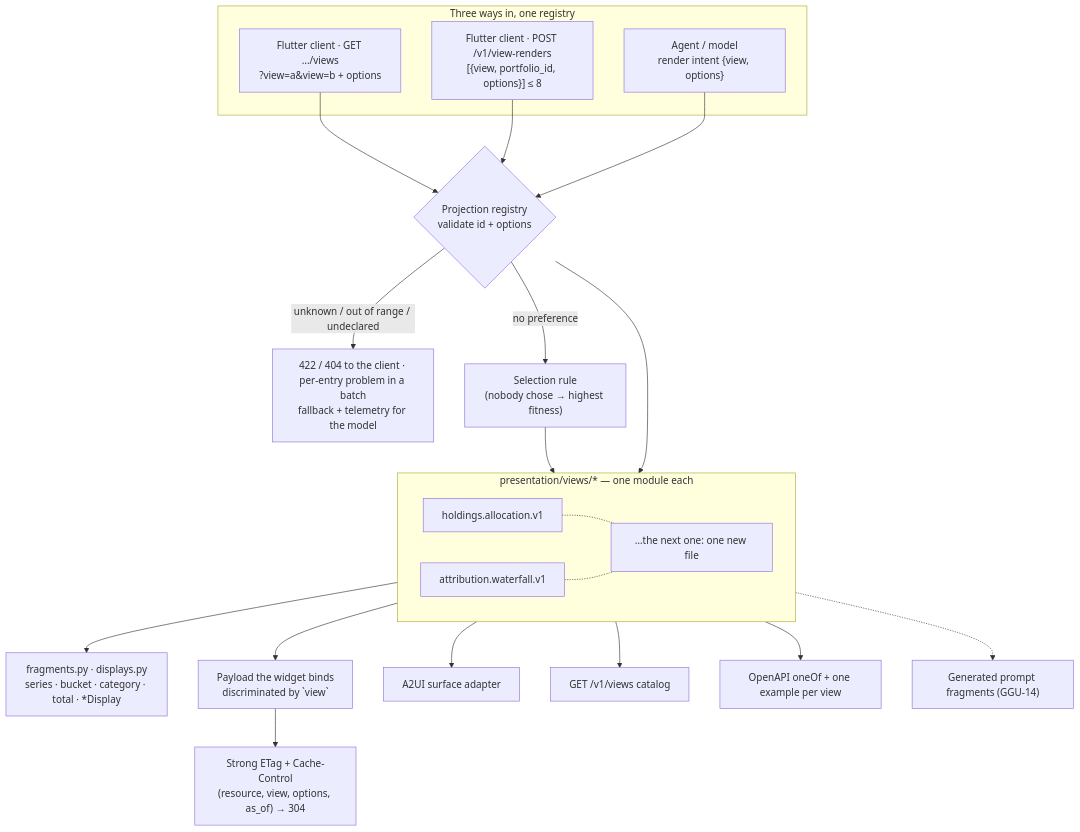
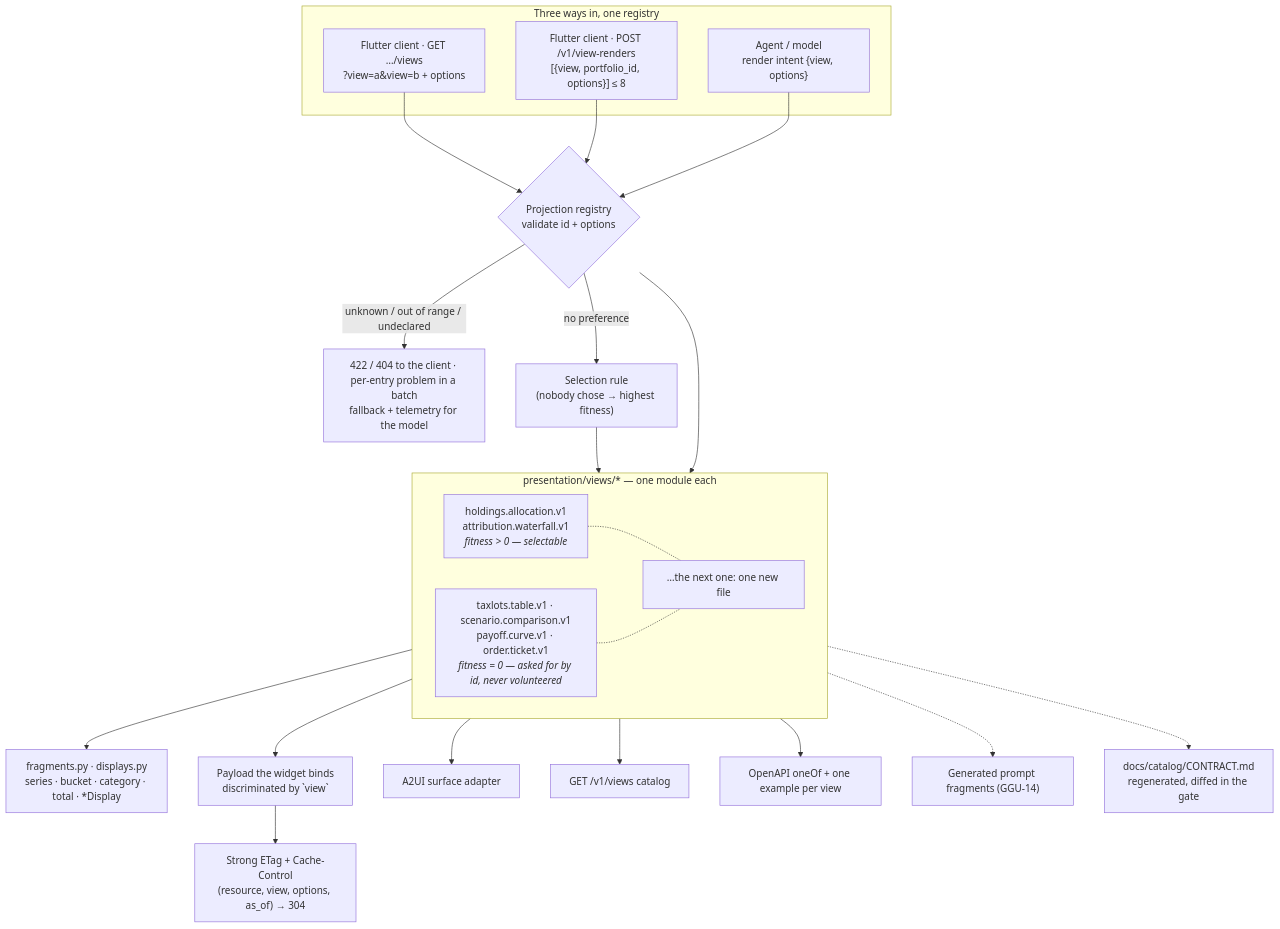
Before and after one commit to somnio-projects/finance-google-a2ui: the diagram in docs/diagrams/06-response-shaping.md, drawn with Mermaid. The commit also changed 14 other files, not shown here.

Commit message:
feat(backend): GGU-41 — the six component schemas, frozen by generation

````diff
--- a/docs/diagrams/06-response-shaping.md
+++ b/docs/diagrams/06-response-shaping.md
@@ -7,49 +7,51 @@
 ```mermaid
 flowchart TB
     subgraph callers["Three ways in, one registry"]
         cl["Flutter client · GET …/views<br/>?view=a&view=b + options"]
         batch["Flutter client · POST /v1/view-renders<br/>[{view, portfolio_id, options}] ≤ 8"]
         ag["Agent / model<br/>render intent {view, options}"]
     end
     reg{"Projection registry<br/>validate id + options"}
     rej["422 / 404 to the client · per-entry problem in a batch<br/>fallback + telemetry for the model"]
     sel["Selection rule<br/>(nobody chose → highest fitness)"]
     subgraph views["presentation/views/* — one module each"]
-        v1["holdings.allocation.v1"]
-        v2["attribution.waterfall.v1"]
+        v1["holdings.allocation.v1<br/>attribution.waterfall.v1<br/><i>fitness > 0 — selectable</i>"]
+        v2["taxlots.table.v1 · scenario.comparison.v1<br/>payoff.curve.v1 · order.ticket.v1<br/><i>fitness = 0 — asked for by id, never volunteered</i>"]
         vn["…the next one: one new file"]
     end
     frag["fragments.py · displays.py<br/>series · bucket · category · total · *Display"]
     out["Payload the widget binds<br/>discriminated by `view`"]
     etag["Strong ETag + Cache-Control<br/>(resource, view, options, as_of) → 304"]
     a2ui["A2UI surface adapter"]
     cat["GET /v1/views catalog"]
     oa["OpenAPI oneOf + one example per view"]
     pf["Generated prompt fragments (GGU-14)"]
+    doc["docs/catalog/CONTRACT.md<br/>regenerated, diffed in the gate"]
 
     cl --> reg
     batch --> reg
     ag --> reg
     reg -- "unknown / out of range / undeclared" --> rej
     reg -- "no preference" --> sel --> views
     reg --> views
     views --> frag
     views --> out
     out --> etag
     views --> a2ui
     views --> cat
     views --> oa
     views -.-> pf
+    views -.-> doc
     v1 -.- vn
     v2 -.- vn
 
-    %% Registering once publishes to four consumers; adding a chart touches
+    %% Registering once publishes to five consumers; adding a chart touches
     %% only its own module (ADR-K D-14, D-15) — views/ is auto-discovered,
     %% so not even an import line is edited.
     %% The batch is a RESOURCE, not an RPC call: POST creates it, 201 returns
     %% it inline, and EVERY entry carries its own status, so one bad view
     %% never sinks the others (ADR-K D-18).
     %% The client's rejection is a 422/404; inside a batch it is that entry's
     %% problem document; the model's is a recorded fallback (ADR-K D-12).
     %% ETag covers the two GET reads only: a POST batch is not revalidated.
 ```
````
